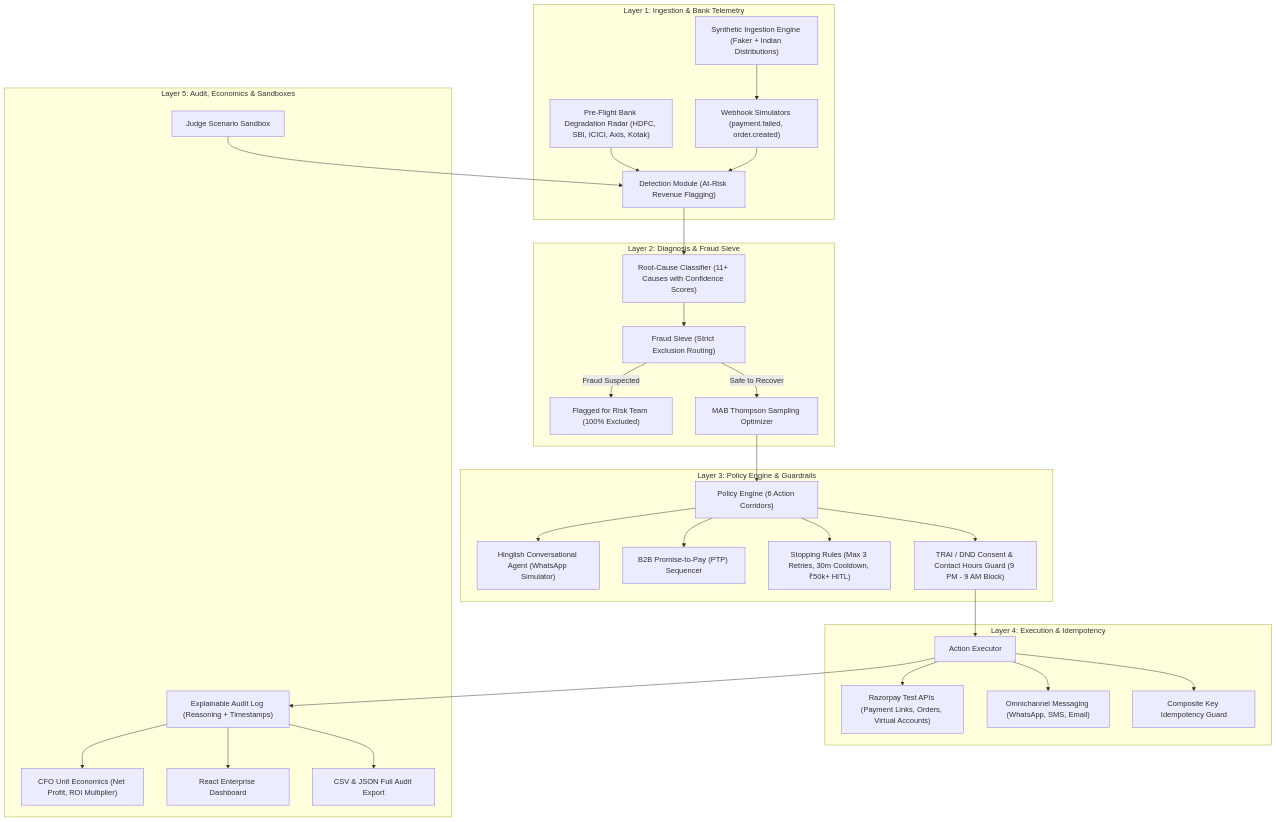
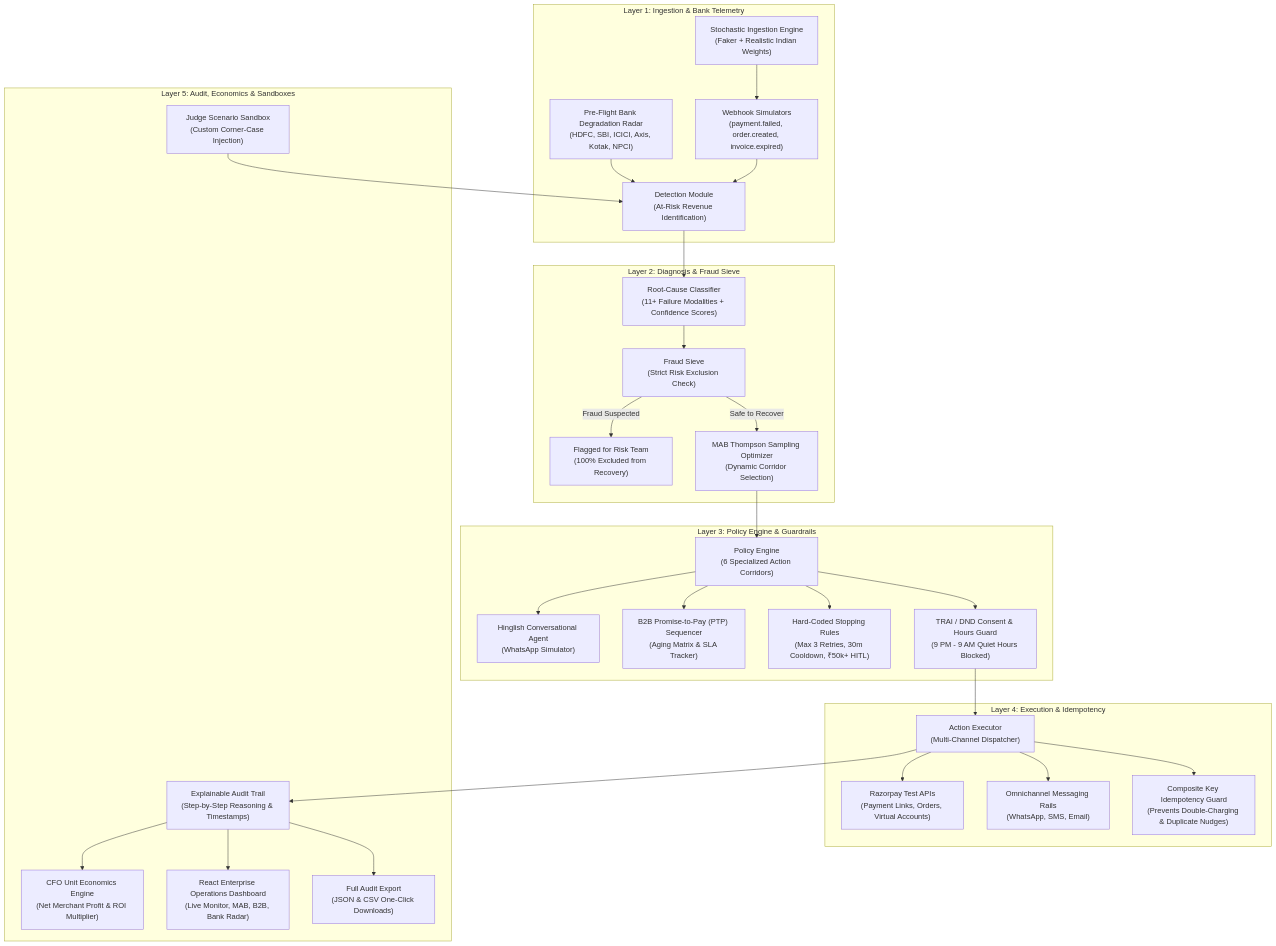
The diagram in README.md (Sriilekhaa/AI_Revenue_Recovery), drawn with Mermaid before and after one commit. The commit also changed other lines of this file and 2 other files, not shown here.

````diff
--- a/README.md
+++ b/README.md
@@ -53,42 +129,42 @@
 ```mermaid
 graph TB
     subgraph "Layer 1: Ingestion & Bank Telemetry"
-        BR["Pre-Flight Bank Degradation Radar (HDFC, SBI, ICICI, Axis, Kotak)"]
-        SG["Synthetic Ingestion Engine (Faker + Indian Distributions)"]
-        WH["Webhook Simulators (payment.failed, order.created)"]
-        DM["Detection Module (At-Risk Revenue Flagging)"]
+        BR["Pre-Flight Bank Degradation Radar<br/>(HDFC, SBI, ICICI, Axis, Kotak, NPCI)"]
+        SG["Stochastic Ingestion Engine<br/>(Faker + Realistic Indian Weights)"]
+        WH["Webhook Simulators<br/>(payment.failed, order.created, invoice.expired)"]
+        DM["Detection Module<br/>(At-Risk Revenue Identification)"]
         BR --> DM
         SG --> WH
         WH --> DM
     end
 
     subgraph "Layer 2: Diagnosis & Fraud Sieve"
-        DM --> RC["Root-Cause Classifier (11+ Causes with Confidence Scores)"]
-        RC --> FS["Fraud Sieve (Strict Exclusion Routing)"]
-        FS -->|Fraud Suspected| FR["Flagged for Risk Team (100% Excluded)"]
-        FS -->|Safe to Recover| MAB["MAB Thompson Sampling Optimizer"]
+        DM --> RC["Root-Cause Classifier<br/>(11+ Failure Modalities + Confidence Scores)"]
+        RC --> FS["Fraud Sieve<br/>(Strict Risk Exclusion Check)"]
+        FS -->|Fraud Suspected| FR["Flagged for Risk Team<br/>(100% Excluded from Recovery)"]
+        FS -->|Safe to Recover| MAB["MAB Thompson Sampling Optimizer<br/>(Dynamic Corridor Selection)"]
     end
 
     subgraph "Layer 3: Policy Engine & Guardrails"
-        MAB --> PE["Policy Engine (6 Action Corridors)"]
-        PE --> HA["Hinglish Conversational Agent (WhatsApp Simulator)"]
-        PE --> B2B["B2B Promise-to-Pay (PTP) Sequencer"]
-        PE --> SR["Stopping Rules (Max 3 Retries, 30m Cooldown, ₹50k+ HITL)"]
-        PE --> CC["TRAI / DND Consent & Contact Hours Guard (9 PM - 9 AM Block)"]
+        MAB --> PE["Policy Engine<br/>(6 Specialized Action Corridors)"]
+        PE --> HA["Hinglish Conversational Agent<br/>(WhatsApp Simulator)"]
+        PE --> B2B["B2B Promise-to-Pay (PTP) Sequencer<br/>(Aging Matrix & SLA Tracker)"]
+        PE --> SR["Hard-Coded Stopping Rules<br/>(Max 3 Retries, 30m Cooldown, ₹50k+ HITL)"]
+        PE --> CC["TRAI / DND Consent & Hours Guard<br/>(9 PM - 9 AM Quiet Hours Blocked)"]
     end
 
     subgraph "Layer 4: Execution & Idempotency"
-        CC --> EX["Action Executor"]
-        EX --> RZ["Razorpay Test APIs (Payment Links, Orders, Virtual Accounts)"]
-        EX --> MSG["Omnichannel Messaging (WhatsApp, SMS, Email)"]
-        EX --> ID["Composite Key Idempotency Guard"]
+        CC --> EX["Action Executor<br/>(Multi-Channel Dispatcher)"]
+        EX --> RZ["Razorpay Test APIs<br/>(Payment Links, Orders, Virtual Accounts)"]
+        EX --> MSG["Omnichannel Messaging Rails<br/>(WhatsApp, SMS, Email)"]
+        EX --> ID["Composite Key Idempotency Guard<br/>(Prevents Double-Charging & Duplicate Nudges)"]
     end
 
     subgraph "Layer 5: Audit, Economics & Sandboxes"
-        EX --> AL["Explainable Audit Log (Reasoning + Timestamps)"]
-        AL --> UE["CFO Unit Economics (Net Profit, ROI Multiplier)"]
-        AL --> UI["React Enterprise Dashboard"]
-        AL --> EXP["CSV & JSON Full Audit Export"]
-        SB["Judge Scenario Sandbox"] --> DM
+        EX --> AL["Explainable Audit Trail<br/>(Step-by-Step Reasoning & Timestamps)"]
+        AL --> UE["CFO Unit Economics Engine<br/>(Net Merchant Profit & ROI Multiplier)"]
+        AL --> UI["React Enterprise Operations Dashboard<br/>(Live Monitor, MAB, B2B, Bank Radar)"]
+        AL --> EXP["Full Audit Export<br/>(JSON & CSV One-Click Downloads)"]
+        SB["Judge Scenario Sandbox<br/>(Custom Corner-Case Injection)"] --> DM
     end
 ```
````
